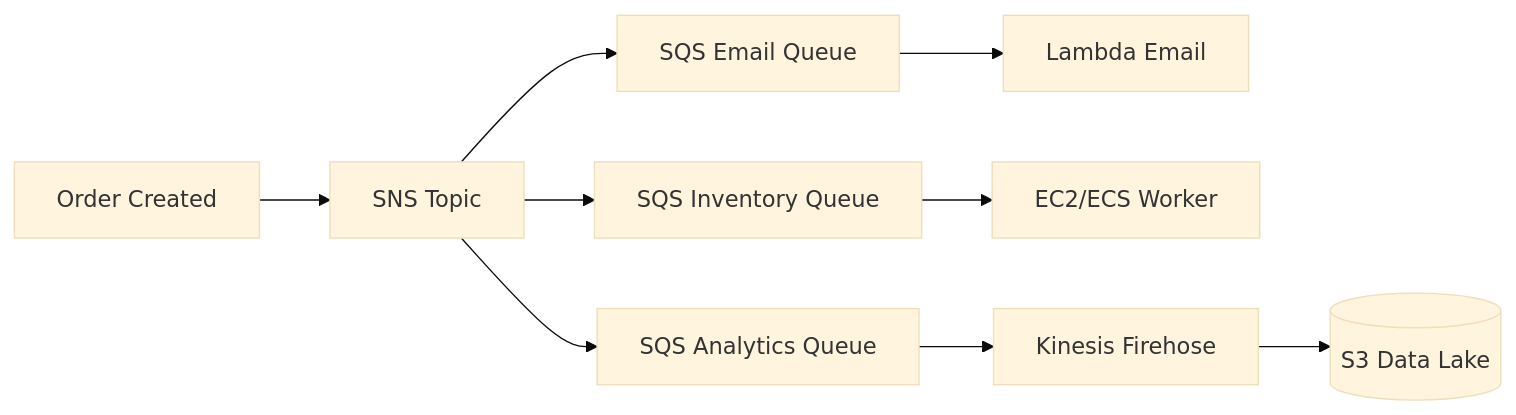
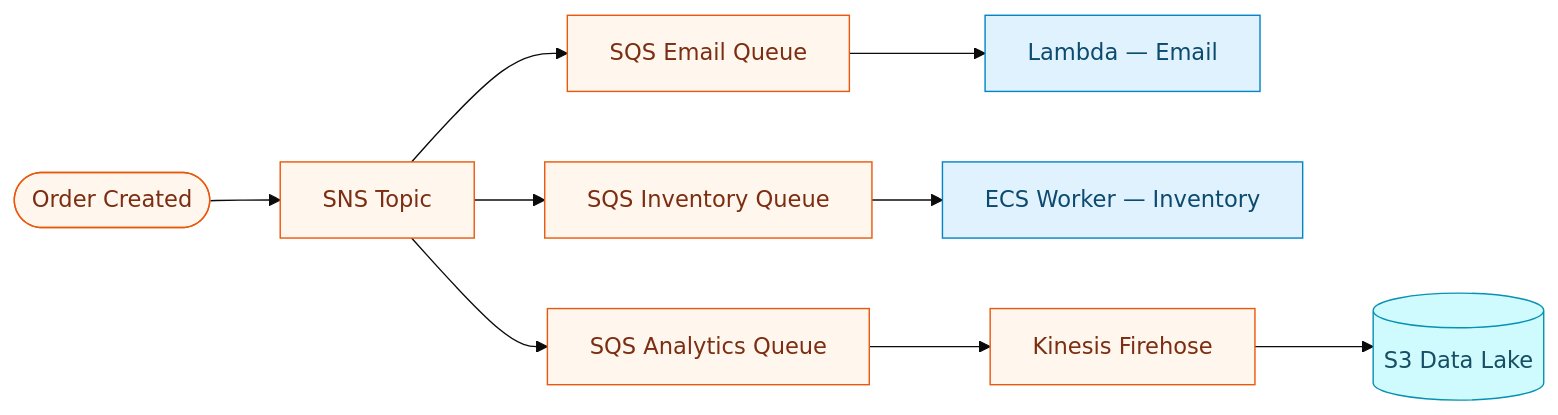
The fourth of 11 diagrams in AWS/02-architecture/architecture-patterns.md (dinhnhatnguyen/Map_di_phong_van), drawn with Mermaid (base theme) before and after one commit. The commit also changed other lines of this file and 1 other file, not shown here.

Commit message:
docs: Enhance architecture patterns documentation with improved mermaid diagrams and additional details

````diff
--- a/AWS/02-architecture/architecture-patterns.md
+++ b/AWS/02-architecture/architecture-patterns.md
@@ -95,11 +125,15 @@
 ```mermaid
 flowchart LR
-    Event[Order Created] --> SNS[SNS Topic]
-    SNS --> Q1[SQS Email Queue]
-    SNS --> Q2[SQS Inventory Queue]
-    SNS --> Q3[SQS Analytics Queue]
-    Q1 --> L1[Lambda Email]
-    Q2 --> W2[EC2/ECS Worker]
-    Q3 --> Firehose[Kinesis Firehose]
-    Firehose --> S3[(S3 Data Lake)]
+    classDef integration fill:#fff7ed,stroke:#ea580c,color:#7c2d12
+    classDef compute     fill:#e0f2fe,stroke:#0284c7,color:#0c4a6e
+    classDef storage     fill:#cffafe,stroke:#0891b2,color:#164e63
+
+    Event([Order Created]):::integration --> SNS[SNS Topic]:::integration
+    SNS --> Q1[SQS Email Queue]:::integration
+    SNS --> Q2[SQS Inventory Queue]:::integration
+    SNS --> Q3[SQS Analytics Queue]:::integration
+    Q1 --> L1[Lambda — Email]:::compute
+    Q2 --> W2[ECS Worker — Inventory]:::compute
+    Q3 --> KF[Kinesis Firehose]:::integration
+    KF --> S3[(S3 Data Lake)]:::storage
 ```
````
